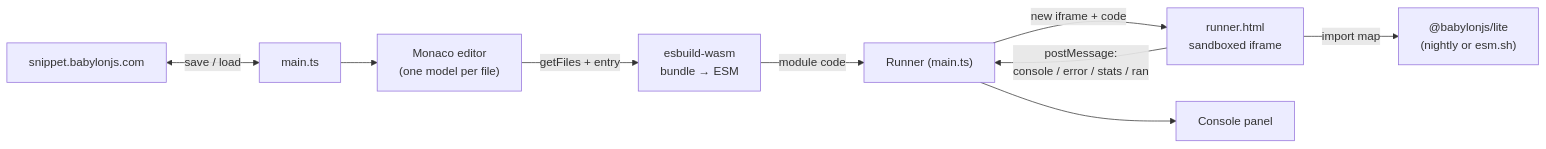
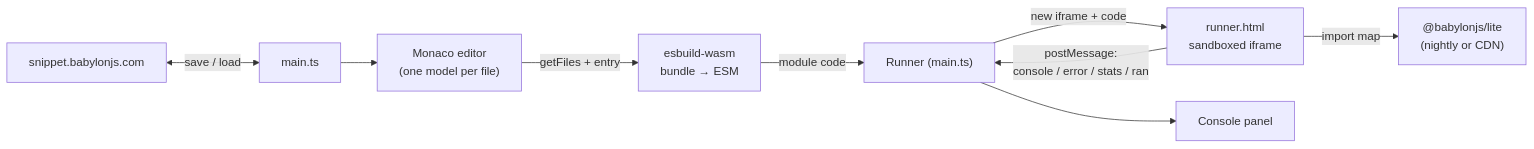
One commit to BabylonJS/BabylonLite changed the diagram in playground/README.md. Above: the diagram before and after it, drawn with Mermaid. The commit also changed other lines of this file and 5 other files, not shown here.

````diff
--- a/playground/README.md
+++ b/playground/README.md
@@ -36,11 +36,11 @@
 ```mermaid
 flowchart LR
     editor["Monaco editor<br/>(one model per file)"] -->|getFiles + entry| transpile["esbuild-wasm<br/>bundle → ESM"]
     transpile -->|module code| runner["Runner (main.ts)"]
     runner -->|new iframe + code| frame["runner.html<br/>sandboxed iframe"]
-    frame -->|import map| engine["@babylonjs/lite<br/>(nightly or esm.sh)"]
+    frame -->|import map| engine["@babylonjs/lite<br/>(nightly or CDN)"]
     frame -->|"postMessage:<br/>console / error / stats / ran"| runner
     runner --> consolePane["Console panel"]
     snippets["snippet.babylonjs.com"] <-->|save / load| main["main.ts"]
     main --> editor
 ```
````
